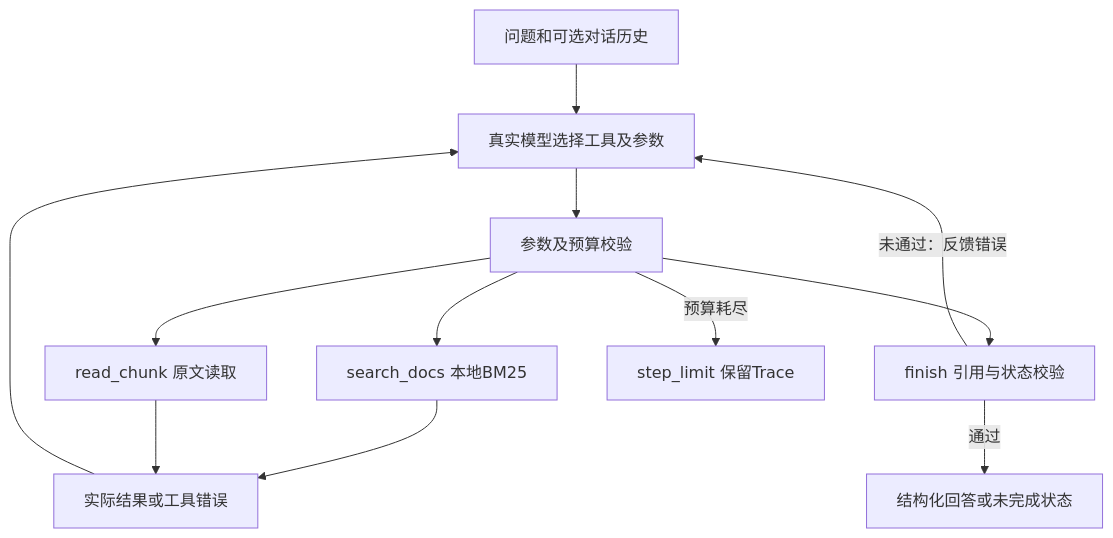
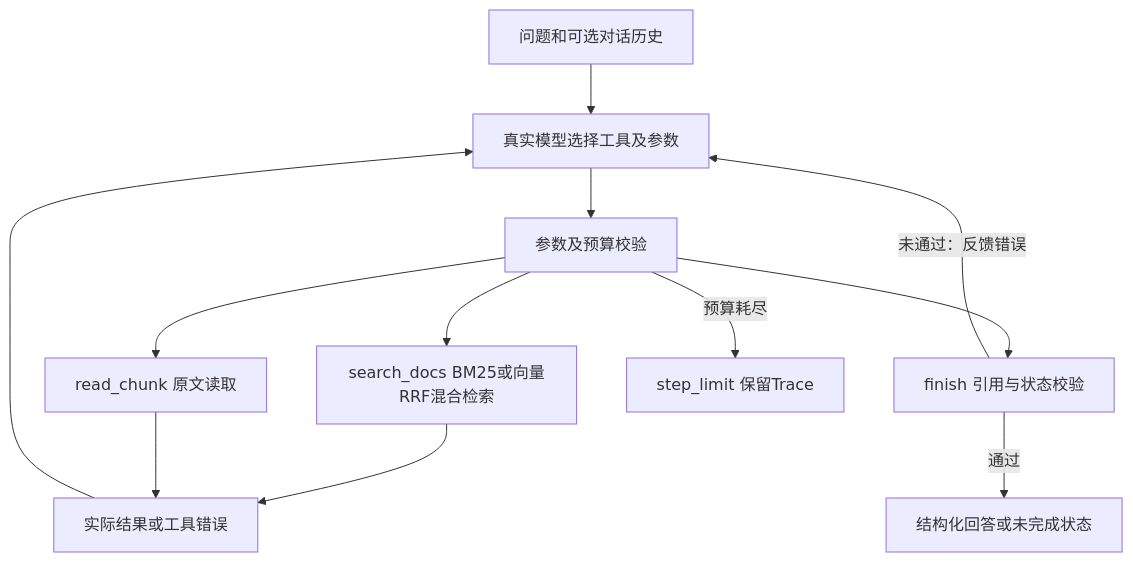
One commit to Christy0831/enterprise-knowledge-agent changed the diagram in docs/02-solution.md. Above: the diagram before and after it, drawn with Mermaid. The commit also changed other lines of this file and 65 other files, not shown here.

````diff
--- a/docs/02-solution.md
+++ b/docs/02-solution.md
@@ -5,14 +5,14 @@
 ```mermaid
 flowchart TD
     U[问题和可选对话历史] --> M[真实模型选择工具及参数]
     M --> V[参数及预算校验]
-    V --> S[search_docs 本地BM25]
+    V --> S[search_docs BM25或向量RRF混合检索]
     V --> R[read_chunk 原文读取]
     S --> O[实际结果或工具错误]
     R --> O
     O --> M
     V --> F[finish 引用与状态校验]
     F -->|未通过：反馈错误| M
     F -->|通过| A[结构化回答或未完成状态]
     V -->|预算耗尽| L[step_limit 保留Trace]
 ```
````
